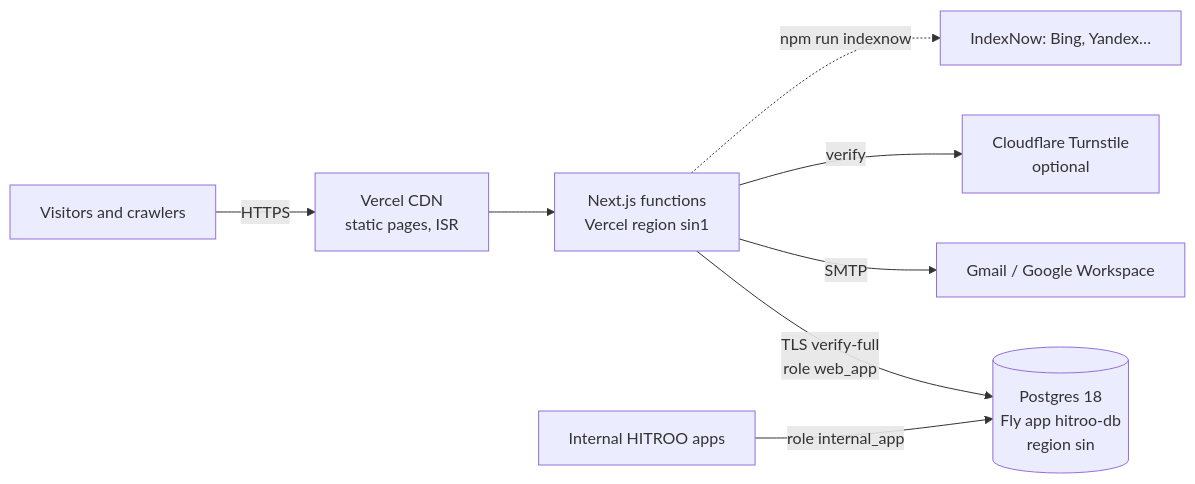
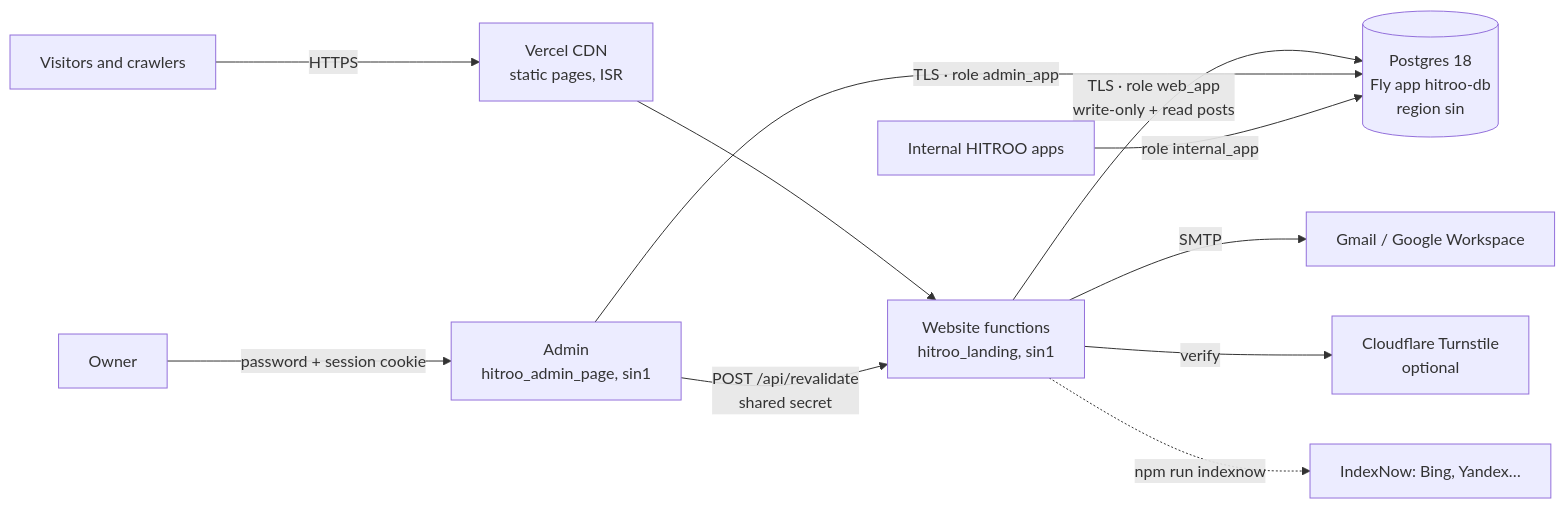
One commit to rohitmenonhart-xhunter/hitroo-landing changed the diagram in ARCHITECTURE.md. Above: the diagram before and after it, drawn with Mermaid. The commit also changed other lines of this file and 31 other files, not shown here.

First line of the commit message:
Move the admin to its own app; add click and reading analytics

````diff
--- a/ARCHITECTURE.md
+++ b/ARCHITECTURE.md
@@ -7,10 +15,13 @@
 ```mermaid
 flowchart LR
   V[Visitors and crawlers] -->|HTTPS| E[Vercel CDN<br/>static pages, ISR]
-  E --> F[Next.js functions<br/>Vercel region sin1]
-  F -->|TLS verify-full<br/>role web_app| DB[(Postgres 18<br/>Fly app hitroo-db<br/>region sin)]
+  E --> F[Website functions<br/>hitroo_landing, sin1]
+  F -->|TLS · role web_app<br/>write-only + read posts| DB[(Postgres 18<br/>Fly app hitroo-db<br/>region sin)]
   F -->|SMTP| G[Gmail / Google Workspace]
   F -->|verify| T[Cloudflare Turnstile<br/>optional]
-  A[Internal HITROO apps] -->|role internal_app| DB
+  O[Owner] -->|password + session cookie| AD[Admin<br/>hitroo_admin_page, sin1]
+  AD -->|TLS · role admin_app| DB
+  AD -->|POST /api/revalidate<br/>shared secret| F
+  I[Internal HITROO apps] -->|role internal_app| DB
   F -.->|npm run indexnow| B[IndexNow: Bing, Yandex…]
 ```
````
